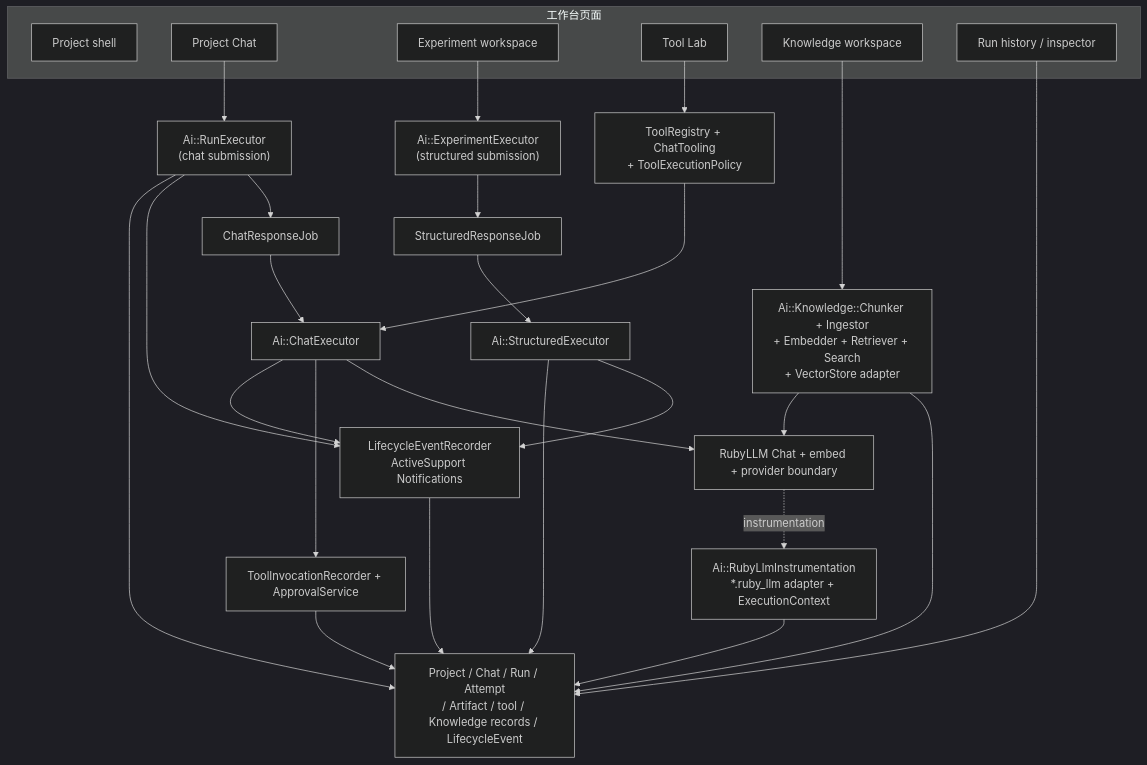
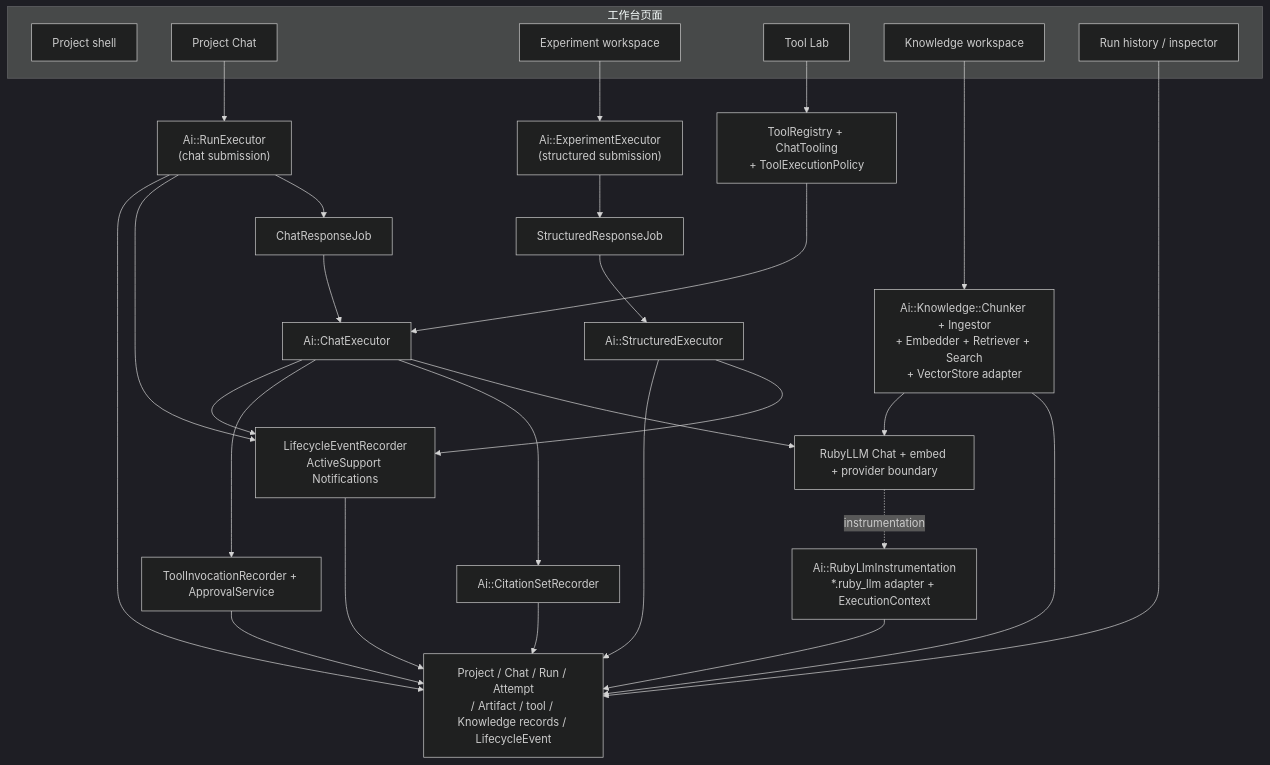
One commit to yorzi/rubyllm-workbench changed the second of 10 diagrams in docs/ARCHITECTURE.md. Above: the diagram before and after it, drawn with Mermaid (dark theme). The commit also changed other lines of this file and 36 other files, not shown here.

````diff
--- a/docs/ARCHITECTURE.md
+++ b/docs/ARCHITECTURE.md
@@ -49,49 +48,52 @@
 ```mermaid
 flowchart TD
     subgraph UI["工作台页面"]
         ProjectUI["Project shell"]
         ChatUI["Project Chat"]
         ExperimentUI["Experiment workspace"]
         ToolUI["Tool Lab"]
         KnowledgeUI["Knowledge workspace"]
         RunUI["Run history / inspector"]
     end
 
     RunExecutor["Ai::RunExecutor\n(chat submission)"]
     ExperimentExecutor["Ai::ExperimentExecutor\n(structured submission)"]
     StructuredExecutor["Ai::StructuredExecutor"]
     ChatJob["ChatResponseJob"]
     StructuredJob["StructuredResponseJob"]
     ChatExecutor["Ai::ChatExecutor"]
+    CitationRecorder["Ai::CitationSetRecorder"]
     Tooling["ToolRegistry + ChatTooling\n+ ToolExecutionPolicy"]
     KnowledgeServices["Ai::Knowledge::Chunker + Ingestor\n+ Embedder + Retriever + Search\n+ VectorStore adapter"]
     Audit["ToolInvocationRecorder + ApprovalService"]
     Events["LifecycleEventRecorder\nActiveSupport Notifications"]
     ProviderEvents["Ai::RubyLlmInstrumentation\n*.ruby_llm adapter + ExecutionContext"]
     Records["Project / Chat / Run / Attempt\n/ Artifact / tool / Knowledge records / LifecycleEvent"]
     RubyLLM["RubyLLM Chat + embed + provider boundary"]
 
     ChatUI --> RunExecutor
     ExperimentUI --> ExperimentExecutor
     ToolUI --> Tooling
     KnowledgeUI --> KnowledgeServices
     RunUI --> Records
     RunExecutor --> ChatJob
     ExperimentExecutor --> StructuredJob
     StructuredJob --> StructuredExecutor
     ChatJob --> ChatExecutor
     ChatExecutor --> RubyLLM
+    ChatExecutor --> CitationRecorder
+    CitationRecorder --> Records
     ChatExecutor --> Audit
     Audit --> Records
     RunExecutor --> Events
     ChatExecutor --> Events
     StructuredExecutor --> Events
     Events --> Records
     ProviderEvents --> Records
     RubyLLM -. "instrumentation" .-> ProviderEvents
     Tooling --> ChatExecutor
     RunExecutor --> Records
     StructuredExecutor --> Records
     KnowledgeServices --> Records
     KnowledgeServices --> RubyLLM
 ```
````
